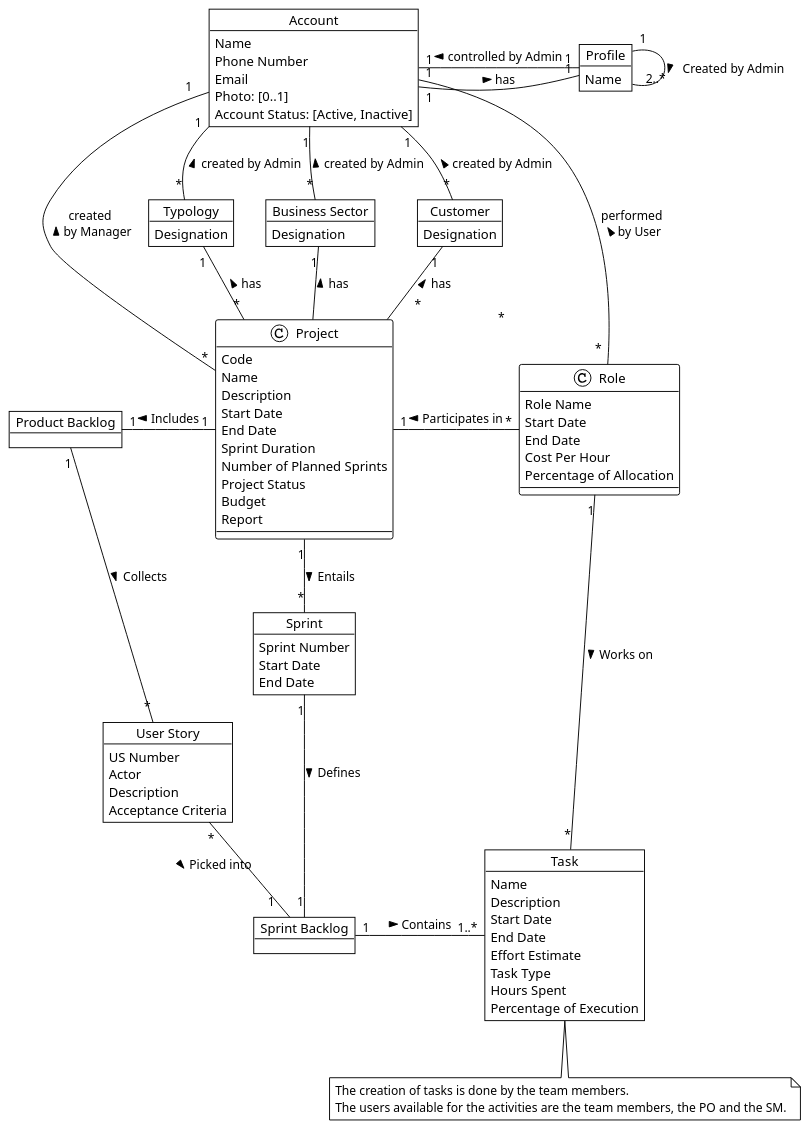
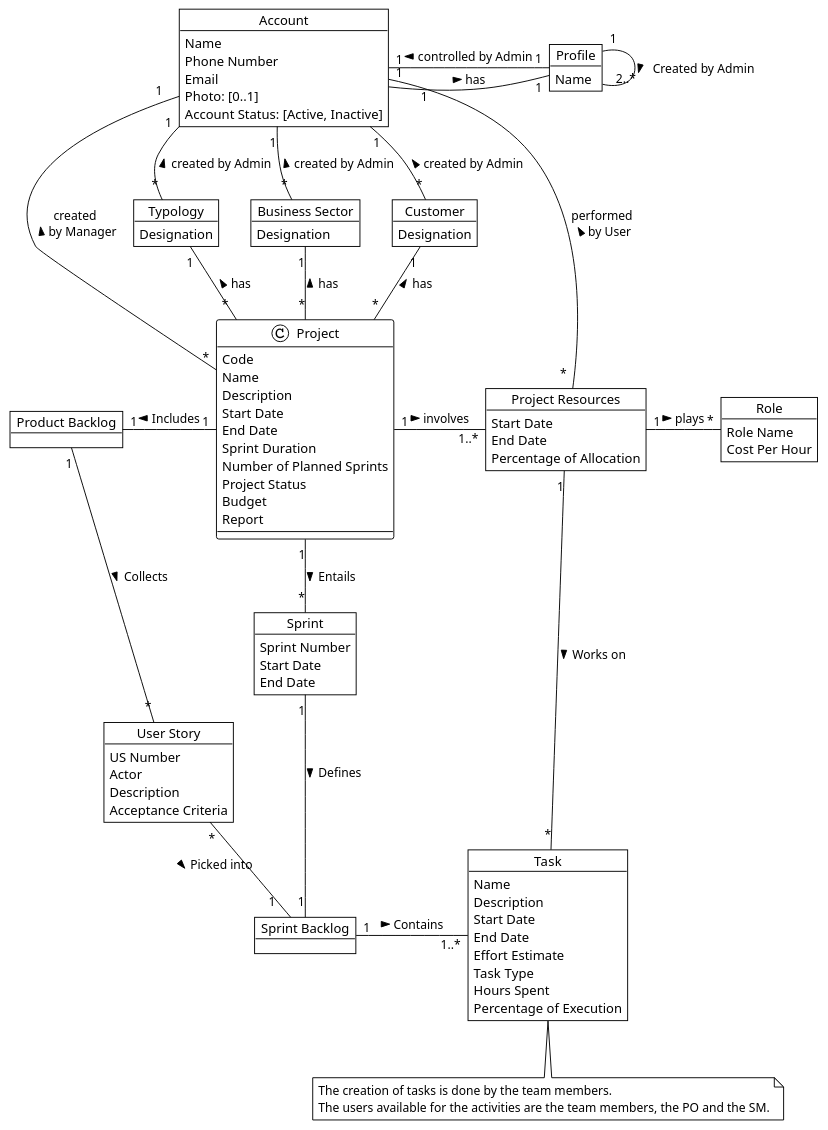
One commit to ivo-menezes/project_g3 changed the diagram in docs/modelling_design/domain_model_diagram/domain_model_diagram.puml. Above: the diagram before and after it, drawn with PlantUML.

Commit message:
Domain Model : Analysis : Updated entities

```diff
--- a/docs/modelling_design/domain_model_diagram/domain_model_diagram.puml
+++ b/docs/modelling_design/domain_model_diagram/domain_model_diagram.puml
@@ -1,135 +1,142 @@
 @startuml
 !theme plain
+
 'skinparam linetype polyline
 
 '--- part relevant to sprint 1
 
 Object Account {
 Name
 Phone Number
 Email
 Photo: [0..1]
 Account Status: [Active, Inactive]
 }
 
 Object Profile {
 Name
 }
 
+Object "Project Resources" as PR {
+Start Date
+End Date
+Percentage of Allocation
+}
+
 'together {
 'Object Administrator
 'Object Manager
 'Object User
 '}
 
 'Account <|-- Administrator
 'Account <|-- Manager
 'Account <|-- User
-Account "1"-right- "   1" Profile : has >
+Account "        1"-right- "    1" Profile : has >
 Account "1"-- "1" Profile : controlled by Admin <
 Account "1   " -- "*" Project : created \n by Manager <
-Account "1" -- " *  " Role : performed \n by User <
+Account "1" -right- " *  " PR : performed \n by User <
+PR "1..*" -left- "1" Project : involves <
 'Profile"1" -- "*"Account : controlled by \n administrator <
 'Profile "1"-- "*"Project : created by Manager <
 'Profile"1" -- "*"User : performed by User <
 
 Object Typology {
 Designation
 }
 
 Account "1" -down-"*" Typology : created by Admin <
-Typology "1" -- "*" Project : has <
+Typology "1" -- "                                   *" Project : has <
 
 Object "Business Sector" as BS {
 Designation
 }
 
 Account "1" -down- "*" BS : created by Admin <
-BS "1" -- "                               *" Project : has <
+BS "1" -- "*" Project : has <
 
 Object Customer {
 Designation
 }
 
 Account "1" -down- "*" Customer : created by Admin <
-Customer "1" -- "                               *" Project : has <
+Customer "1" -- "*" Project : has <
 
 Object Project {
 Code
 Name
 Description
 Start Date
 End Date
 Sprint Duration
 Number of Planned Sprints
 Project Status
 Budget
 ' Report could be its own conceptual class but we are not modelling with detail yet
 Report
 }
 
 ' following the Association Class Role pattern (Fig.11) from "Modeling Roles"
 ' Role attributes does not include Project Code because Larman says to avoid attributes that are like "foreign keys" (p.126)
 Object Role {
 Role Name
-Start Date
-End Date
 Cost Per Hour
-Percentage of Allocation
 }
+
 
 ' here "Controls" includes "creates,lists,changes profile, activates, inactivates"
 ' following Larman p.113 to be parsimonious about associations
 'Administrator "1" -up- "*" Account : Controls >
 'Manager "1" -down- "*" Project : Manages >
 'User "1" -down- "*" Role: Performs >
-Role "*" -left- "1" Project: Participates in >
+
 
 
 '--- additional stuff, not much detail for sprint 1
 ' put enduml tag before this comment to shorten diagram
 Object "Product Backlog" as PB
 
 Object "User Story" as US {
 US Number
 Actor
 Description
 Acceptance Criteria
 }
 
 Object Sprint {
 Sprint Number
 Start Date
 End Date
 }
 
 Object "Sprint Backlog" as SB
 
 Object Task {
 Name
 Description
 Start Date
 End Date
 Effort Estimate
 Task Type
 Hours Spent
 Percentage of Execution
 }
 
 
 Profile "1" -down- "  2..*" Profile: Created by Admin >
 Project "1" -down- "*" Sprint: Entails >
 Project "1" -left- "1" PB: Includes >
 PB "1" -down- "*" US: Collects >
 Sprint "1" -down- "1" SB: Defines >
 US "*" -right- "                      1" SB: Picked into >
 
+PR "1" -right- "*" Role : plays >
 SB "1" -right- "   1..*" Task: Contains >
-Role "1" -down- "*" Task: Works on >
+PR "1" -down- "*" Task: Works on >
 'note on link: The creation of tasks is done by the team members.\nThe users available for the activities are the team members, the PO and the SM.
 
 
 note "The creation of tasks is done by the team members.\nThe users available for the activities are the team members, the PO and the SM." as N1
 Task .down. N1
 
 @enduml
```
